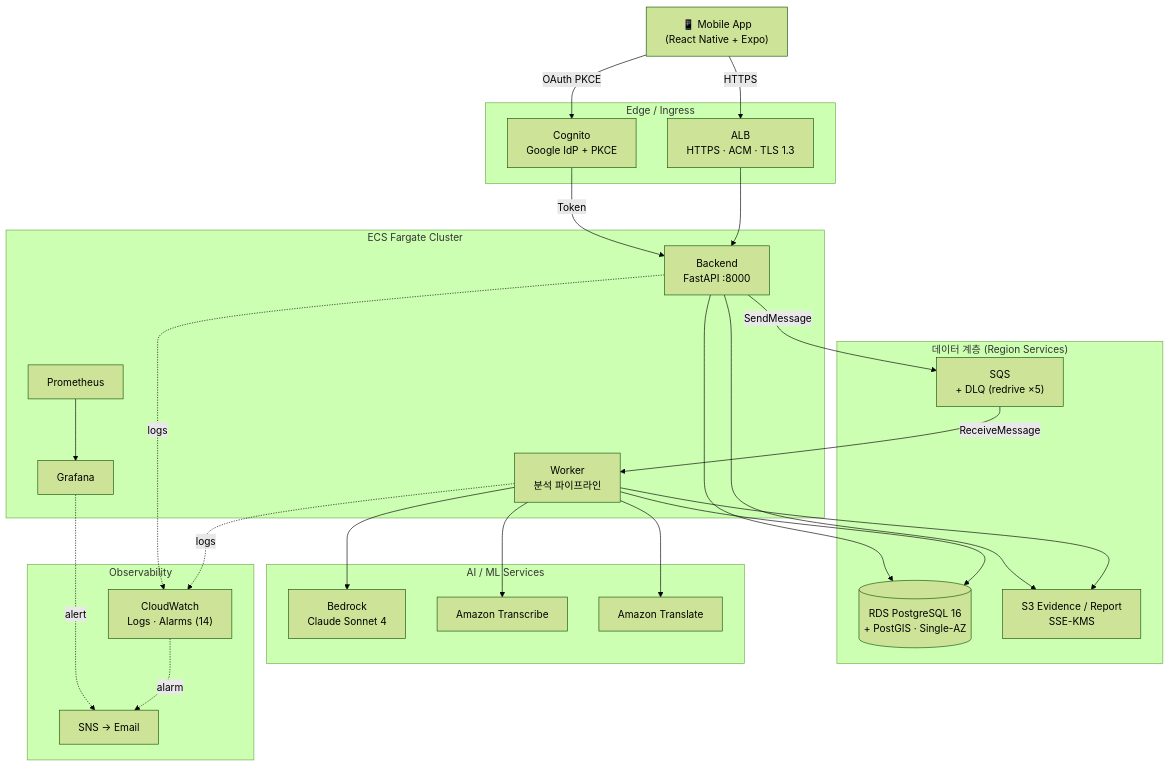
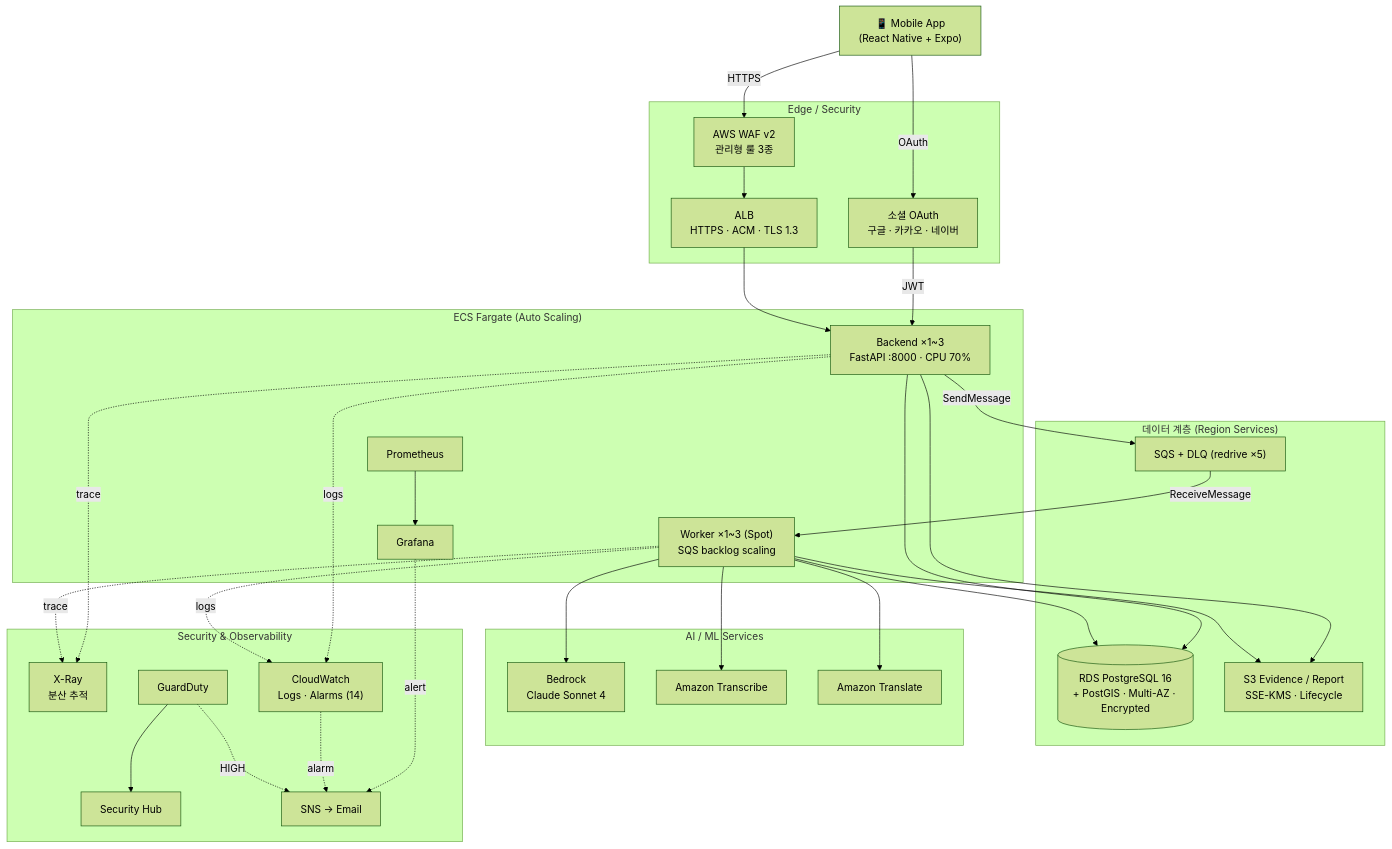
Before and after one commit to AWS13th-Final-Project-BADA/BADA: the first of 2 diagrams in README.md, drawn with Mermaid (forest theme). The commit also changed other lines of this file and 3 other files, not shown here.

````diff
--- a/README.md
+++ b/README.md
@@ -56,62 +73,64 @@
 ```mermaid
 flowchart TB
-    %% ─── Client ───
     Mobile["📱 Mobile App\n(React Native + Expo)"]
 
-    %% ─── Edge ───
-    subgraph Edge["Edge / Ingress"]
-        Cognito["Cognito\nGoogle IdP + PKCE"]
+    subgraph Edge["Edge / Security"]
+        WAF["AWS WAF v2\n관리형 룰 3종"]
         ALB["ALB\nHTTPS · ACM · TLS 1.3"]
+        OAuth["소셜 OAuth\n구글 · 카카오 · 네이버"]
     end
 
-    %% ─── Compute ───
-    subgraph Compute["ECS Fargate Cluster"]
-        Backend["Backend\nFastAPI :8000"]
-        Worker["Worker\n분석 파이프라인"]
+    subgraph Compute["ECS Fargate (Auto Scaling)"]
+        Backend["Backend ×1~3\nFastAPI :8000 · CPU 70%"]
+        Worker["Worker ×1~3 (Spot)\nSQS backlog scaling"]
         Prom["Prometheus"]
         Graf["Grafana"]
     end
 
-    %% ─── Data ───
     subgraph Data["데이터 계층 (Region Services)"]
-        RDS[("RDS PostgreSQL 16\n+ PostGIS · Single-AZ")]
-        S3["S3 Evidence / Report\nSSE-KMS"]
-        SQS["SQS\n+ DLQ (redrive ×5)"]
+        RDS[("RDS PostgreSQL 16\n+ PostGIS · Multi-AZ · Encrypted")]
+        S3["S3 Evidence / Report\nSSE-KMS · Lifecycle"]
+        SQS["SQS + DLQ (redrive ×5)"]
     end
 
-    %% ─── AI ───
     subgraph AI["AI / ML Services"]
         Bedrock["Bedrock\nClaude Sonnet 4"]
         Transcribe["Amazon Transcribe"]
         Translate["Amazon Translate"]
     end
 
-    %% ─── Observability ───
-    subgraph Obs["Observability"]
+    subgraph SecObs["Security & Observability"]
+        XRay["X-Ray\n분산 추적"]
+        Guard["GuardDuty"]
+        SecHub["Security Hub"]
         CW["CloudWatch\nLogs · Alarms (14)"]
         SNS["SNS → Email"]
     end
 
-    %% ─── Flows ───
-    Mobile -->|HTTPS| ALB
-    Mobile -->|OAuth PKCE| Cognito
-    Cognito -->|Token| Backend
+    Mobile -->|HTTPS| WAF
+    WAF --> ALB
+    Mobile -->|OAuth| OAuth
+    OAuth -->|JWT| Backend
     ALB --> Backend
 
     Backend --> RDS
     Backend --> S3
     Backend -->|SendMessage| SQS
 
     SQS -->|ReceiveMessage| Worker
     Worker --> Bedrock
     Worker --> Transcribe
     Worker --> Translate
     Worker --> RDS
     Worker --> S3
 
+    Backend -.->|trace| XRay
+    Worker -.->|trace| XRay
     Backend -.->|logs| CW
     Worker -.->|logs| CW
     Prom --> Graf
     Graf -.->|alert| SNS
     CW -.->|alarm| SNS
+    Guard --> SecHub
+    Guard -.->|HIGH| SNS
 ```
````
